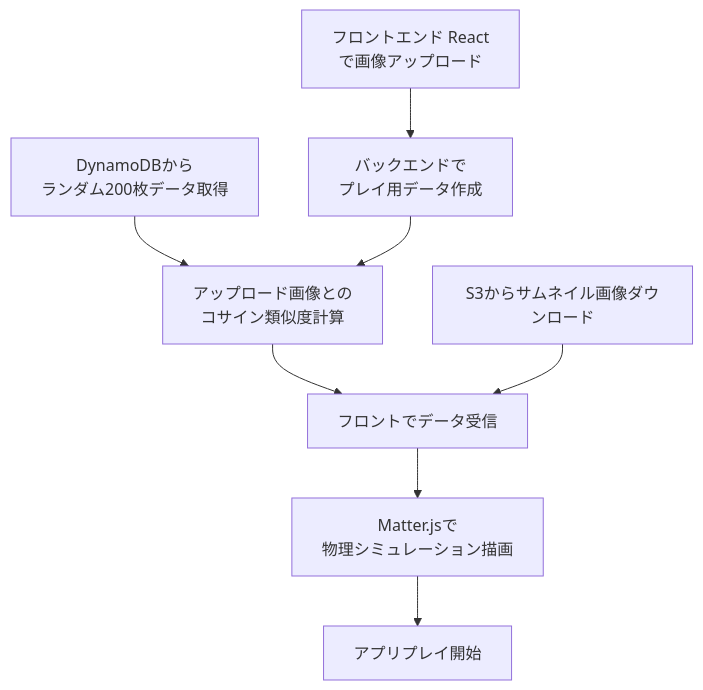
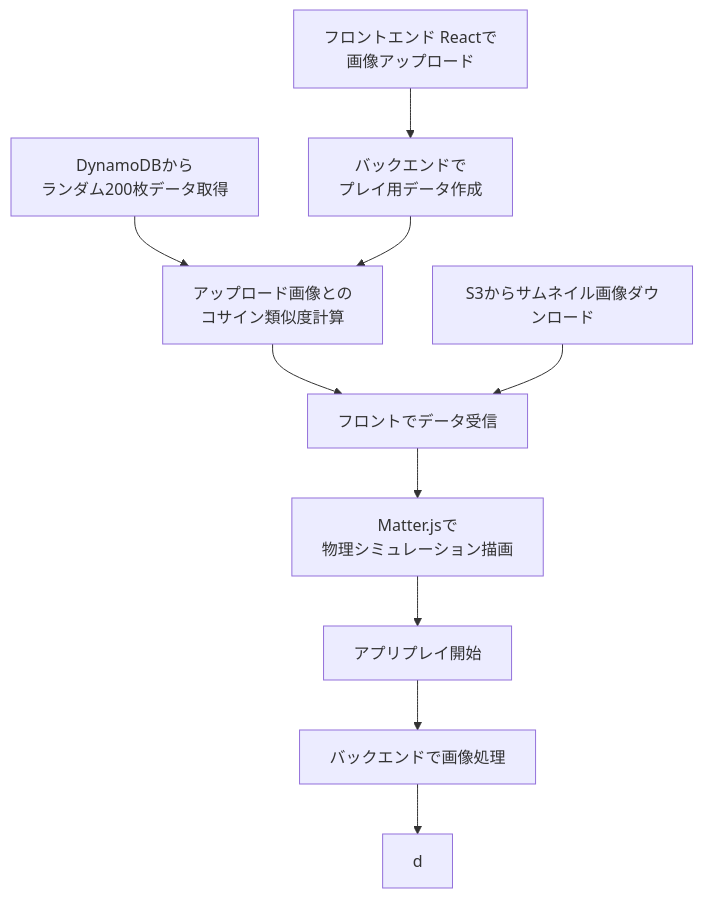
One commit to tukaharu2/portfolio changed the second of 2 diagrams in similar_image_project/README.md. Above: the diagram before and after it, drawn with Mermaid.

````diff
--- a/similar_image_project/README.md
+++ b/similar_image_project/README.md
@@ -44,10 +44,12 @@
 ```mermaid
 flowchart TD
-    F[フロントエンド React<br>で画像アップロード] --> G[バックエンドで<br>プレイ用データ作成]
+    F[フロントエンド Reactで<br>画像アップロード] --> G[バックエンドで<br>プレイ用データ作成]
     H[DynamoDBから<br>ランダム200枚データ取得] --> I
     G --> I[アップロード画像との<br>コサイン類似度計算]
     I --> J[フロントでデータ受信]
     K[S3からサムネイル画像ダウンロード]　--> J
     J --> L[Matter.jsで<br>物理シミュレーション描画]
     L --> M[アプリプレイ開始]
+    M --> N[バックエンドで画像処理]
+    N --> O[d]
 ```
````
